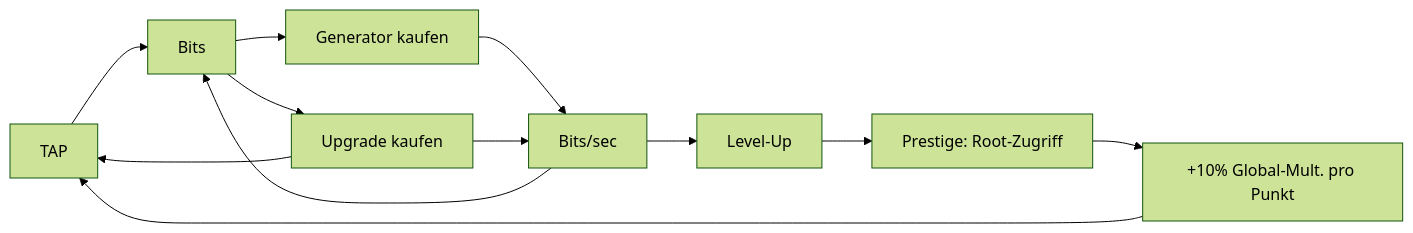
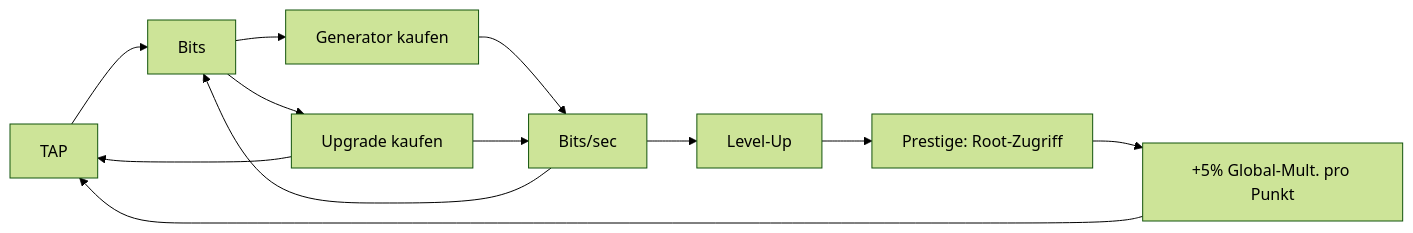
Before and after one commit to Dabros-AI-Coder/Idle-Hacker-Tycoon: the diagram in README.md, drawn with Mermaid (forest theme). The commit also changed other lines of this file and 28 other files, not shown here.

````diff
--- a/README.md
+++ b/README.md
@@ -180,14 +196,14 @@
 ```mermaid
 graph LR
     A[TAP] --> B[Bits]
     B --> C[Generator kaufen]
     C --> D[Bits/sec]
     D --> B
     B --> E[Upgrade kaufen]
     E --> A
     E --> D
     D --> F[Level-Up]
     F --> G[Prestige: Root-Zugriff]
-    G --> H[+10% Global-Mult. pro Punkt]
+    G --> H[+5% Global-Mult. pro Punkt]
     H --> A
 ```
````
